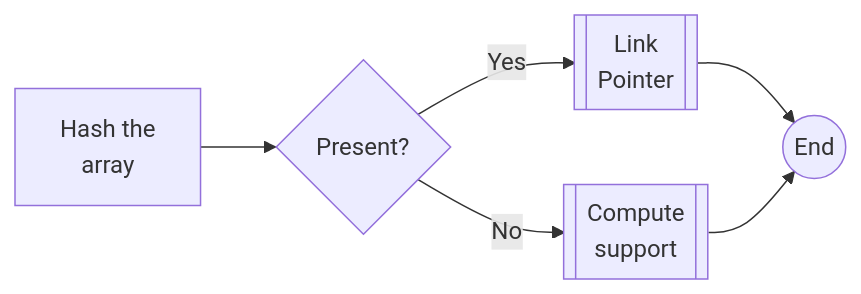
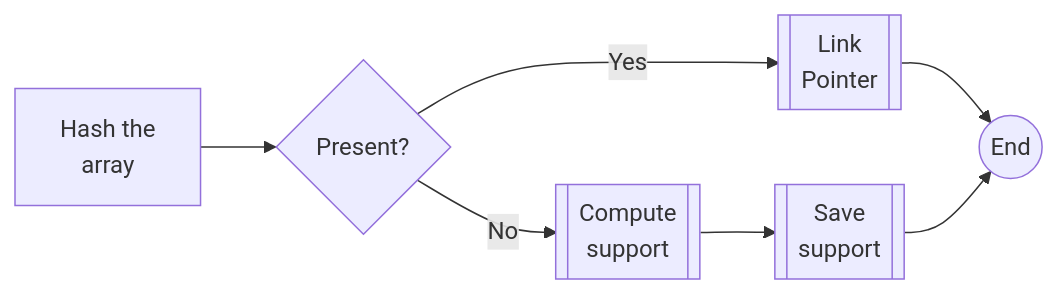
Before and after one commit to gvegayon/sci2023: the second of 4 diagrams in slides.qmd, drawn with Mermaid. The commit also changed other lines of this file and 6 other files, not shown here.

````diff
--- a/slides.qmd
+++ b/slides.qmd
@@ -443,8 +567,9 @@
 ```{mermaid}
 flowchart LR
   start[Hash the\narray] --> exists{Present?}
   exists --> |Yes| ptr[[Link\nPointer]]
   exists --> |No| addarray[[Compute\nsupport]]
+  addarray --> save[[Save\nsupport]]
   ptr --> End((End))
-  addarray --> End
+  save --> End
 ```
````
